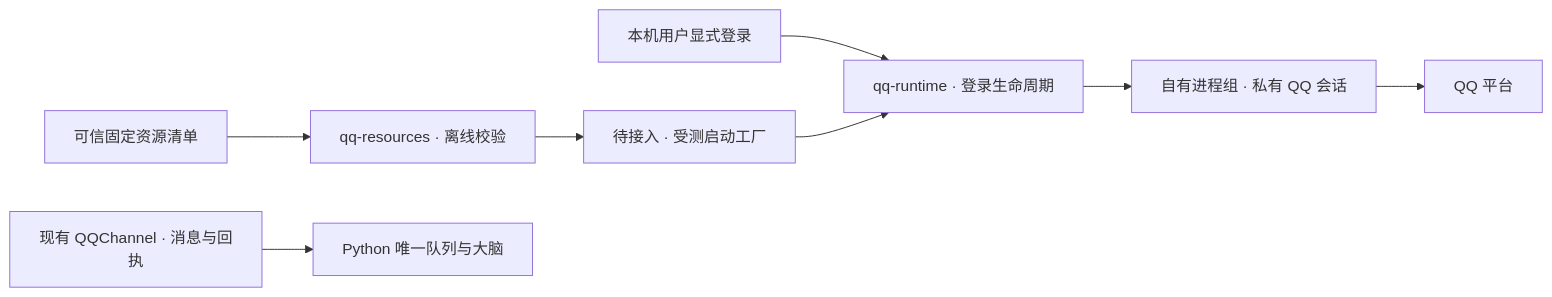
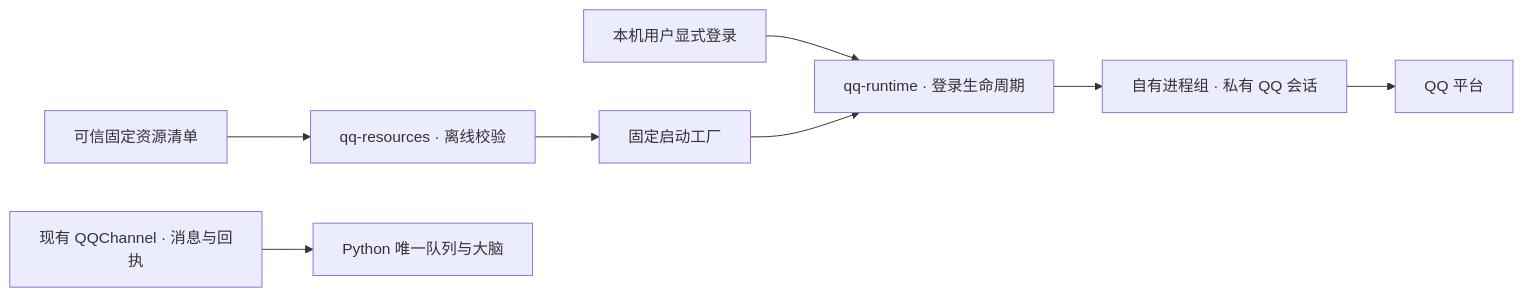
Before and after one commit to Momoyeyu/momo-web: the diagram in docs/development/qq-managed-runtime.md, drawn with Mermaid. The commit also changed other lines of this file and 11 other files, not shown here.

````diff
--- a/docs/development/qq-managed-runtime.md
+++ b/docs/development/qq-managed-runtime.md
@@ -25,10 +33,10 @@
 ```mermaid
 flowchart LR
   Pins[可信固定资源清单] --> Check[qq-resources · 离线校验]
-  Check --> Factory[待接入 · 受测启动工厂]
+  Check --> Factory[固定启动工厂]
   Owner[本机用户显式登录] --> Auth[qq-runtime · 登录生命周期]
   Factory --> Auth
   Auth --> Child[自有进程组 · 私有 QQ 会话]
   Child --> Platform[QQ 平台]
   Channel[现有 QQChannel · 消息与回执] --> Brain[Python 唯一队列与大脑]
 ```
````
